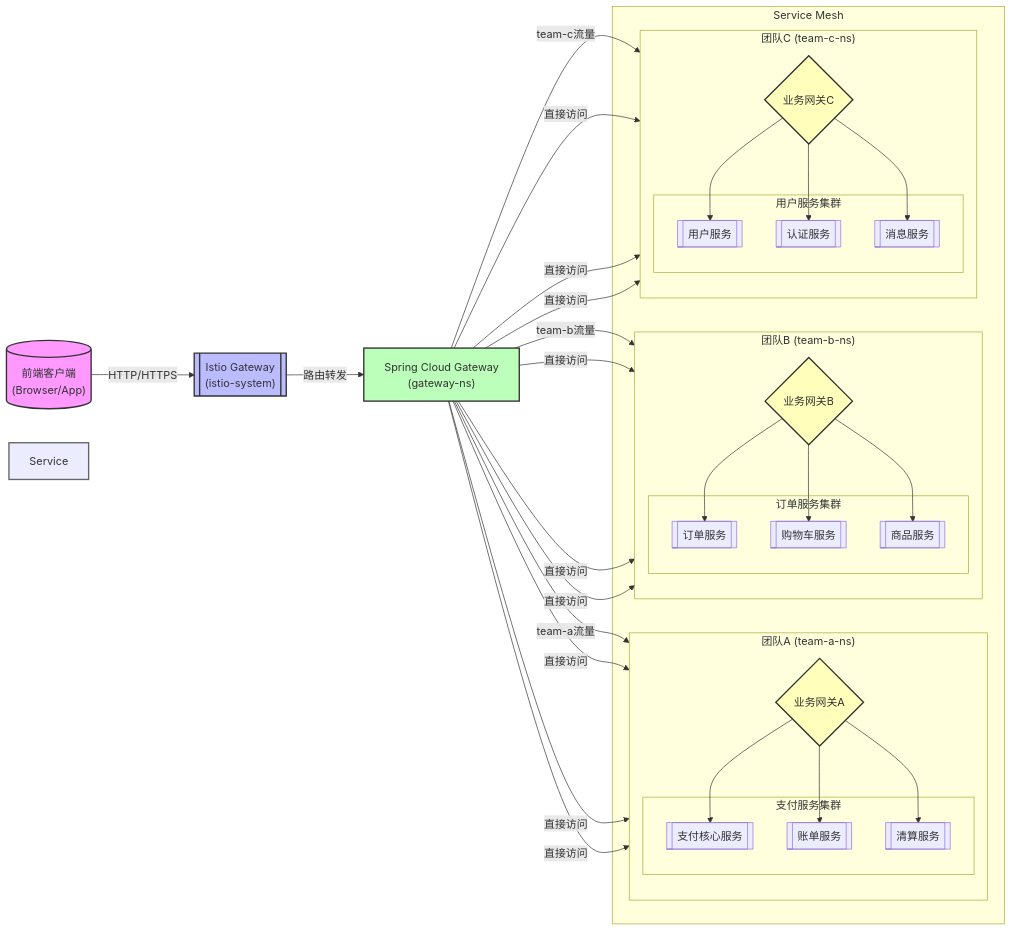
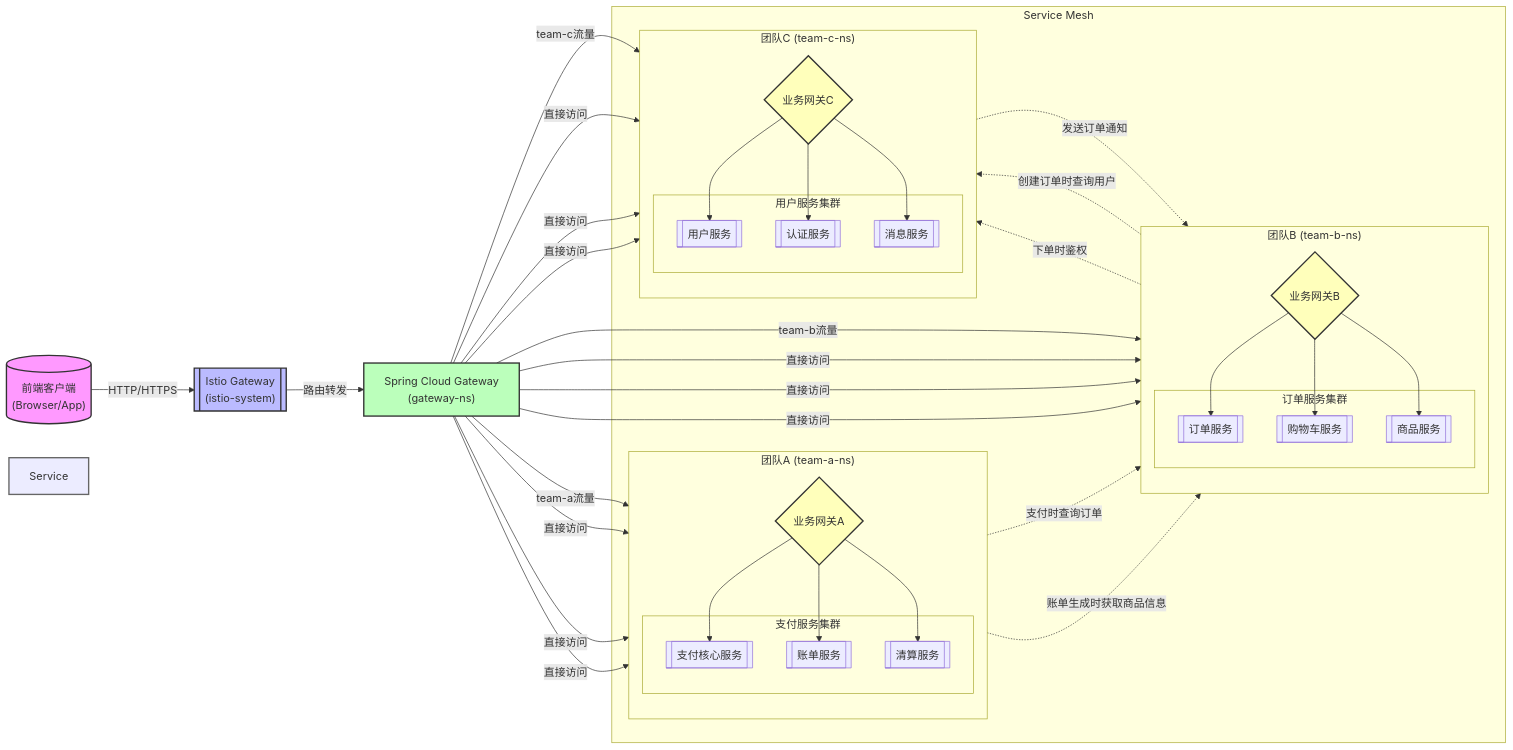
The diagram in 网关网格报告/architecture.md (Jholly2008/configs), drawn with Mermaid before and after one commit.

````diff
--- a/网关网格报告/architecture.md
+++ b/网关网格报告/architecture.md
@@ -1,66 +1,74 @@
 ```mermaid
 
 flowchart LR
     client[("前端客户端\n(Browser/App)")]
     istio[["Istio Gateway\n(istio-system)"]]
     scg["Spring Cloud Gateway\n(gateway-ns)"]
     
     subgraph Service Mesh
         subgraph "团队A (team-a-ns)"
             direction TB
             gw-a{"业务网关A"}
             subgraph "支付服务集群"
                 svc-a1[["支付核心服务"]]
                 svc-a2[["账单服务"]]
                 svc-a3[["清算服务"]]
             end
         end
         
         subgraph "团队B (team-b-ns)"
             direction TB
             gw-b{"业务网关B"}
             subgraph "订单服务集群"
                 svc-b1[["订单服务"]]
                 svc-b2[["购物车服务"]]
                 svc-b3[["商品服务"]]
             end
         end
         
         subgraph "团队C (team-c-ns)"
             direction TB
             gw-c{"业务网关C"}
             subgraph "用户服务集群"
                 svc-c1[["用户服务"]]
                 svc-c2[["认证服务"]]
                 svc-c3[["消息服务"]]
             end
         end
     end
     
+    %% 外部访问路由
     client -->|HTTP/HTTPS| istio
     istio -->|路由转发| scg
     
     %% 团队A的路由
     scg -->|team-a流量| gw-a
     scg -->|直接访问| svc-a1 & svc-a2 & svc-a3
     gw-a --> svc-a1 & svc-a2 & svc-a3
     
     %% 团队B的路由
     scg -->|team-b流量| gw-b
     scg -->|直接访问| svc-b1 & svc-b2 & svc-b3
     gw-b --> svc-b1 & svc-b2 & svc-b3
     
     %% 团队C的路由
     scg -->|team-c流量| gw-c
     scg -->|直接访问| svc-c1 & svc-c2 & svc-c3
     gw-c --> svc-c1 & svc-c2 & svc-c3
     
+    %% 跨团队服务调用（直接通过service name）
+    svc-b1 -.->|创建订单时查询用户| svc-c1
+    svc-b1 -.->|下单时鉴权| svc-c2
+    svc-a1 -.->|支付时查询订单| svc-b1
+    svc-a2 -.->|账单生成时获取商品信息| svc-b3
+    svc-c3 -.->|发送订单通知| svc-b1
+    
     style client fill:#f9f,stroke:#333,stroke-width:2px
     style istio fill:#bbf,stroke:#333,stroke-width:2px
     style scg fill:#bfb,stroke:#333,stroke-width:2px
     style gw-a fill:#ffb,stroke:#333,stroke-width:2px
     style gw-b fill:#ffb,stroke:#333,stroke-width:2px
     style gw-c fill:#ffb,stroke:#333,stroke-width:2px
     style Service Mesh fill:#f5f5f5,stroke:#666,stroke-width:2px
 
 ```
````
